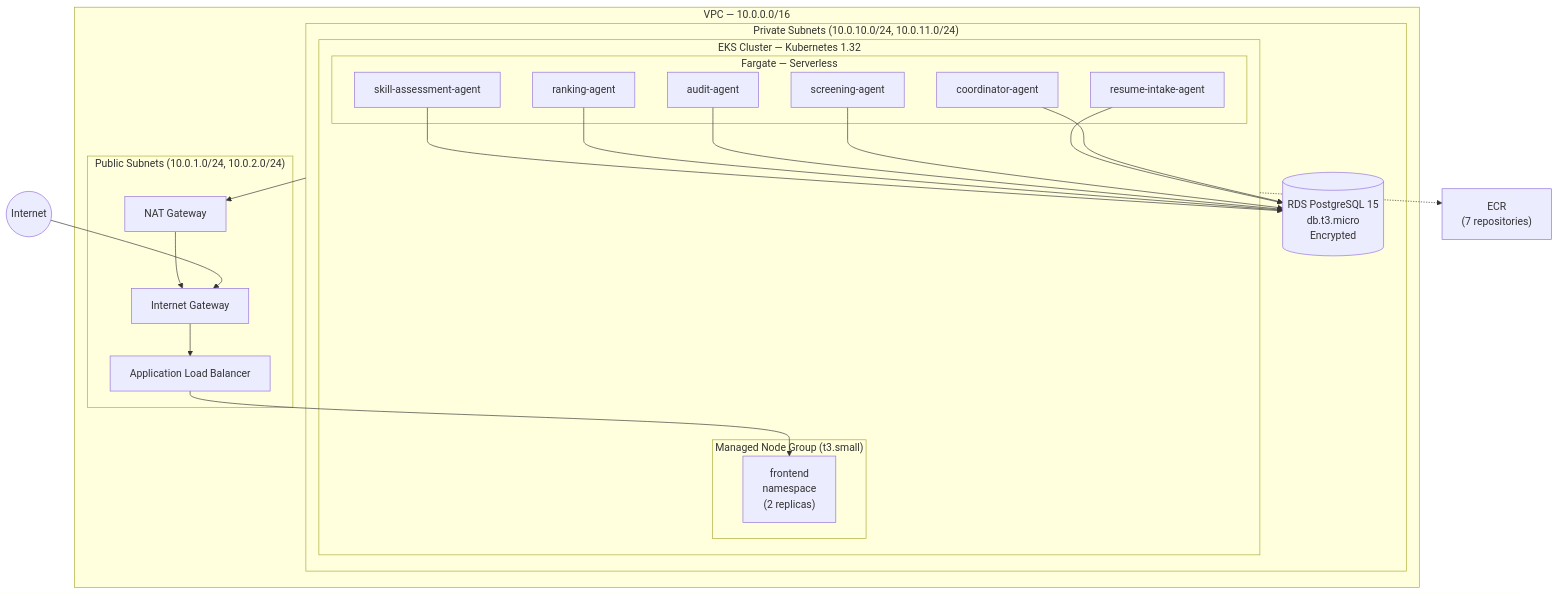
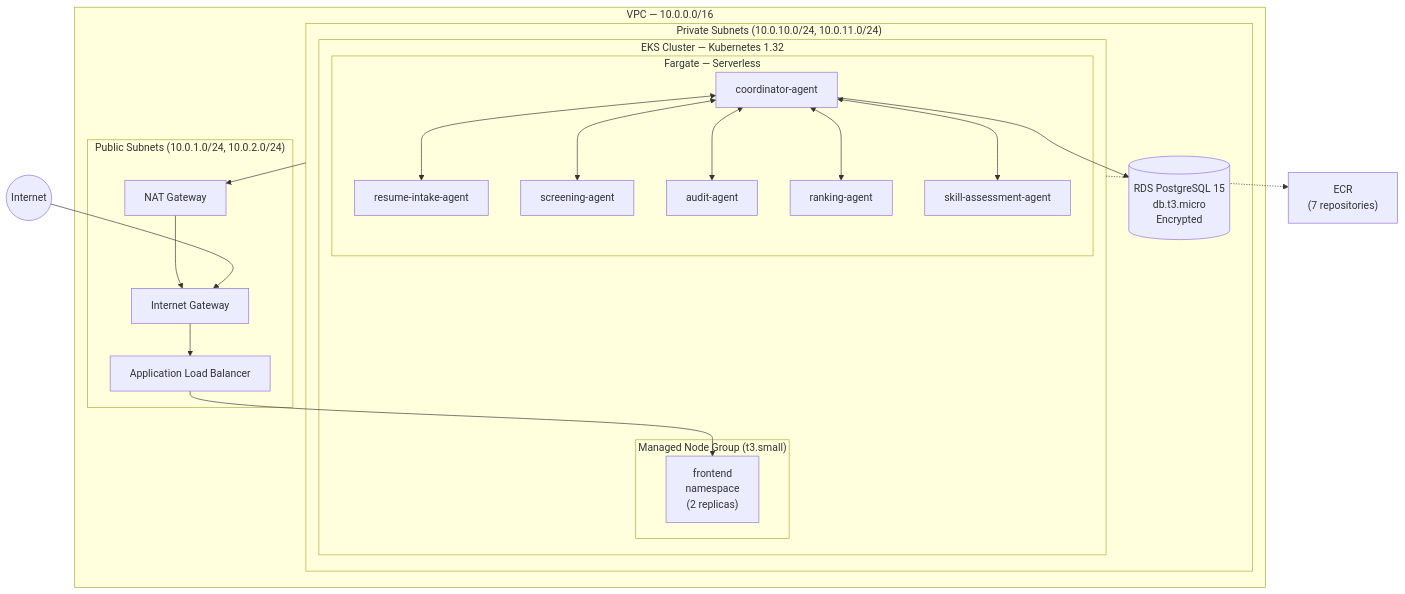
Before and after one commit to NUS-ISS-T20-GCAAS/agent-based-hiring-system: the first of 2 diagrams in infra/terraform/README.md, drawn with Mermaid. The commit also changed other lines of this file and 1 other file, not shown here.

Commit message:
Update DB and architecture readme

````diff
--- a/infra/terraform/README.md
+++ b/infra/terraform/README.md
@@ -47,42 +46,41 @@
 ```mermaid
 graph TB
     Internet((Internet))
 
     subgraph VPC["VPC — 10.0.0.0/16"]
         subgraph PubSub["Public Subnets (10.0.1.0/24, 10.0.2.0/24)"]
             IGW[Internet Gateway]
             ALB[Application Load Balancer]
             NAT[NAT Gateway]
         end
 
         subgraph PrivSub["Private Subnets (10.0.10.0/24, 10.0.11.0/24)"]
             subgraph EKS["EKS Cluster — Kubernetes 1.32"]
                 subgraph NodeGroup["Managed Node Group (t3.small)"]
                     FE["frontend<br/>namespace<br/>(2 replicas)"]
                 end
                 subgraph Fargate["Fargate — Serverless"]
                     COORD["coordinator-agent"]
                     RESUME["resume-intake-agent"]
                     SCREEN["screening-agent"]
-                    SKILL["skill-assessment-agent"]
                     AUDIT["audit-agent"]
                     RANKING["ranking-agent"]
                     SKILL["skill-assessment-agent"]
                 end
             end
             RDS[("RDS PostgreSQL 15<br/>db.t3.micro<br/>Encrypted")]
         end
     end
 
     ECR["ECR<br/>(7 repositories)"]
 
     Internet --> IGW --> ALB --> FE
     COORD --> RDS
-    RESUME --> RDS
-    SCREEN --> RDS
-    AUDIT --> RDS
-    RANKING --> RDS
-    SKILL --> RDS
+    COORD <--> RESUME
+    COORD <--> SCREEN
+    COORD <--> AUDIT
+    COORD <--> RANKING
+    COORD <--> SKILL
     PrivSub --> NAT --> IGW
     EKS -.-> ECR
 ```
````
